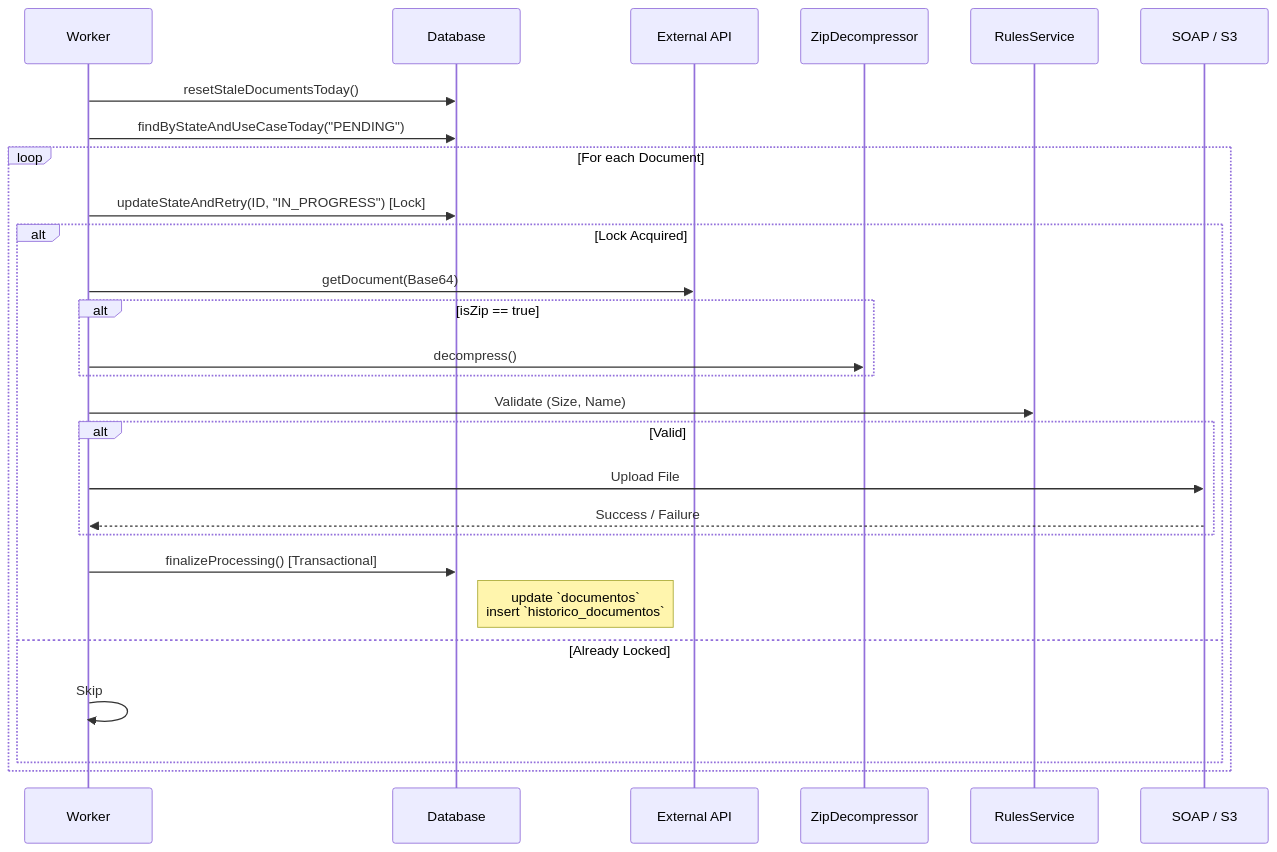
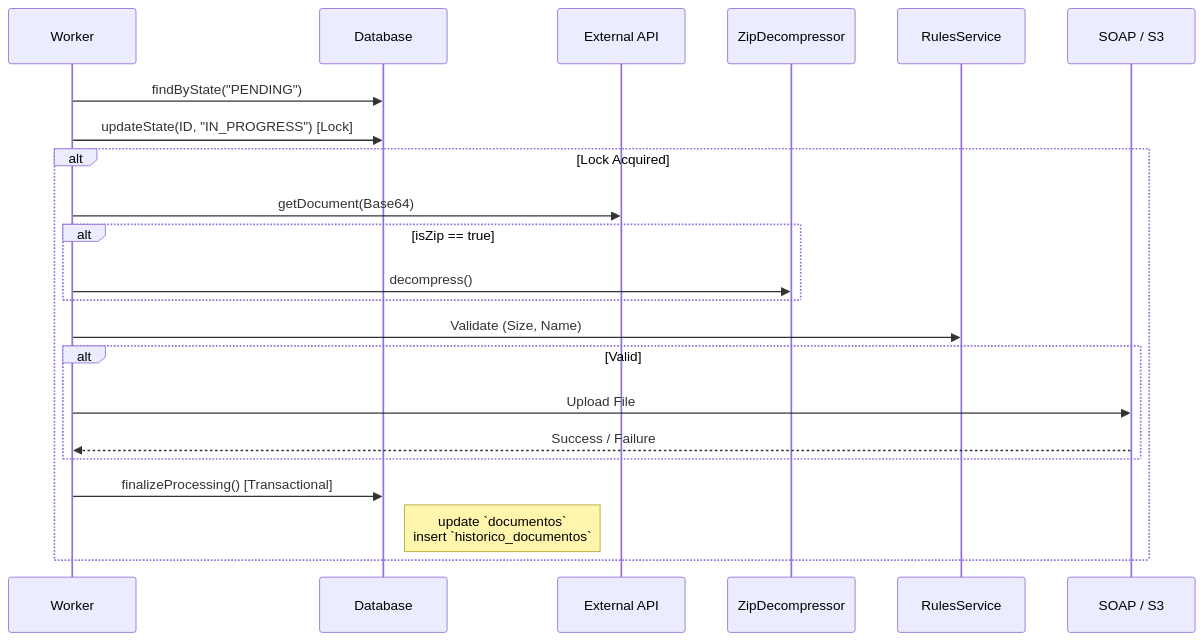
The diagram in README.md (Alexander2305Potosi/ms_send_document), drawn with Mermaid before and after one commit. The commit also changed other lines of this file, not shown here.

Commit message:
docs: update README with detailed sections and business rules

````diff
--- a/README.md
+++ b/README.md
@@ -182,36 +133,26 @@
 ```mermaid
 sequenceDiagram
     participant Worker
     participant DB as Database
     participant ExtAPI as External API
     participant Zip as ZipDecompressor
     participant Rules as RulesService
     participant Gateway as SOAP / S3
     
-    Worker->>DB: resetStaleDocumentsToday()
-    Worker->>DB: findByStateAndUseCaseToday("PENDING")
+    Worker->>DB: findByState("PENDING")
+    Worker->>DB: updateState(ID, "IN_PROGRESS") [Lock]
     
-    loop For each Document
-        Worker->>DB: updateStateAndRetry(ID, "IN_PROGRESS") [Lock]
-        
-        alt Lock Acquired
-            Worker->>ExtAPI: getDocument(Base64)
-            
-            alt isZip == true
-                Worker->>Zip: decompress()
-            end
-            
-            Worker->>Rules: Validate (Size, Name)
-            
-            alt Valid
-                Worker->>Gateway: Upload File
-                Gateway-->>Worker: Success / Failure
-            end
-            
-            Worker->>DB: finalizeProcessing() [Transactional]
-            Note right of DB: update `documentos`<br/>insert `historico_documentos`
-        else Already Locked
-            Worker->>Worker: Skip
+    alt Lock Acquired
+        Worker->>ExtAPI: getDocument(Base64)
+        alt isZip == true
+            Worker->>Zip: decompress()
         end
+        Worker->>Rules: Validate (Size, Name)
+        alt Valid
+            Worker->>Gateway: Upload File
+            Gateway-->>Worker: Success / Failure
+        end
+        Worker->>DB: finalizeProcessing() [Transactional]
+        Note right of DB: update `documentos`<br/>insert `historico_documentos`
     end
 ```
````
